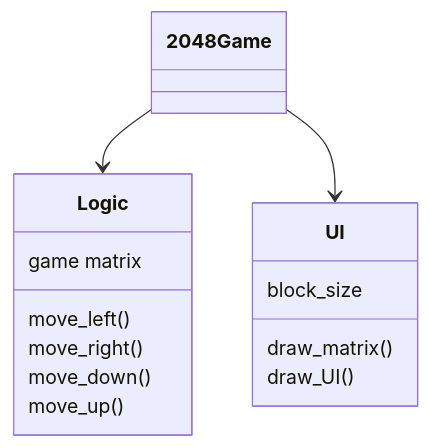
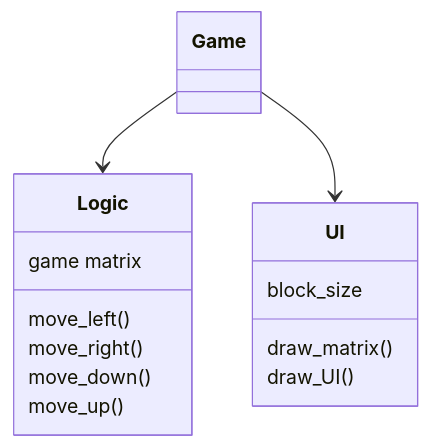
One commit to Jusq17/ot-harjoitustyo changed the diagram in Dokumentaatio/arkkitehtuuri.md. Above: the diagram before and after it, drawn with Mermaid.

````diff
--- a/Dokumentaatio/arkkitehtuuri.md
+++ b/Dokumentaatio/arkkitehtuuri.md
@@ -2,26 +2,26 @@
 ```mermaid
 
   classDiagram
   
-  2048 Game --> Logic
-  2048 Game --> UI
+  Game --> Logic
+  Game --> UI
   
-  class 2048 Game{
+  class Game{
   
   }
   
   class Logic{
     game matrix
     move_left()
     move_right()
     move_down()
     move_up()
   }
   
   class UI{
     block_size
     draw_matrix()
     draw_UI()
   }
 
 ```
````
